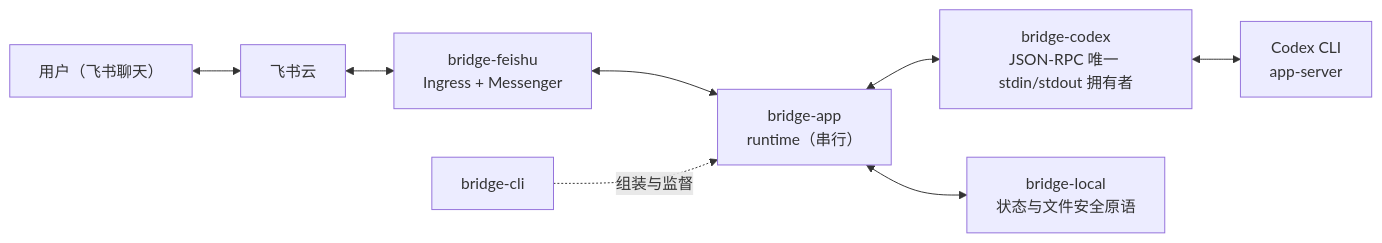
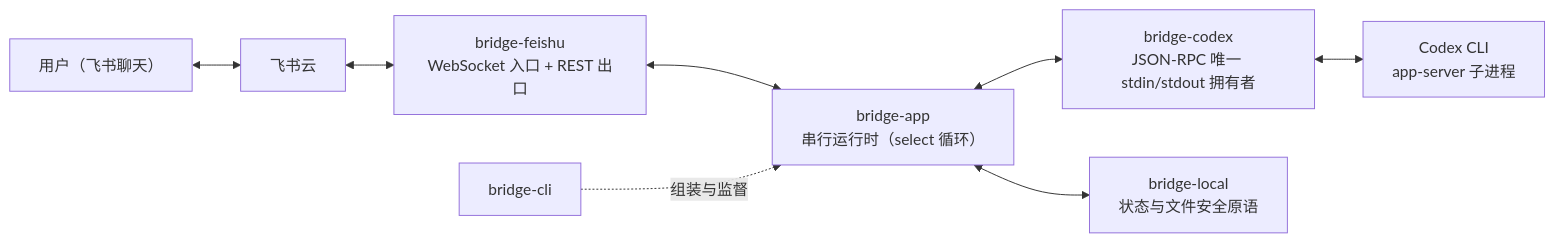
One commit to helloangus/feishu-codex-bridge changed the first of 6 diagrams in docs/architecture.md. Above: the diagram before and after it, drawn with Mermaid. The commit also changed other lines of this file and 16 other files, not shown here.

````diff
--- a/docs/architecture.md
+++ b/docs/architecture.md
@@ -7,10 +27,10 @@
 ```mermaid
 flowchart LR
     U["用户（飞书聊天）"] <--> FS["飞书云"]
-    FS <--> FEISHU["bridge-feishu<br/>Ingress + Messenger"]
-    FEISHU <--> APP["bridge-app<br/>runtime（串行）"]
+    FS <--> FEISHU["bridge-feishu<br/>WebSocket 入口 + REST 出口"]
+    FEISHU <--> APP["bridge-app<br/>串行运行时（select 循环）"]
     APP <--> CODEX["bridge-codex<br/>JSON-RPC 唯一 stdin/stdout 拥有者"]
-    CODEX <--> CLI["Codex CLI<br/>app-server"]
+    CODEX <--> CLI["Codex CLI<br/>app-server 子进程"]
     APP <--> LOCAL["bridge-local<br/>状态与文件安全原语"]
     CLI2["bridge-cli"] -.组装与监督.-> APP
 ```
````
